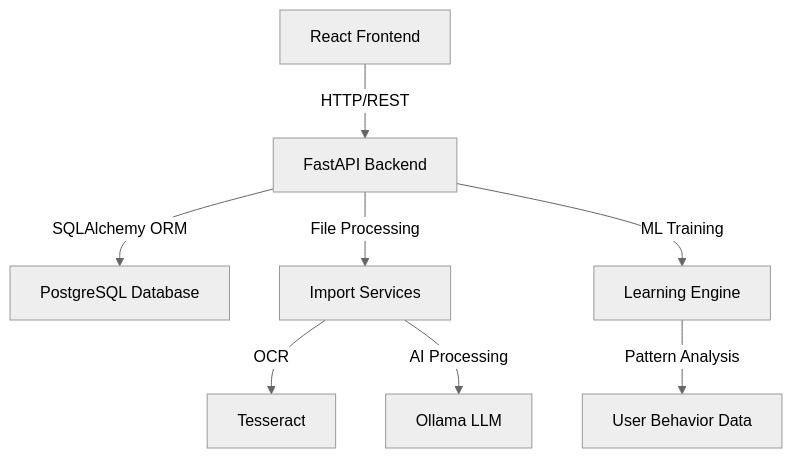
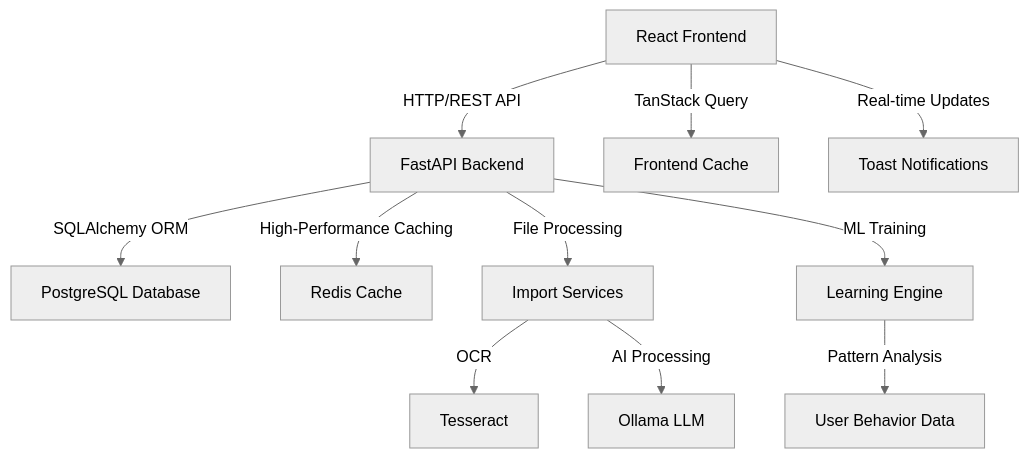
Before and after one commit to ninjashari/python-react-expense: the diagram in README.md, drawn with Mermaid (neutral theme). The commit also changed other lines of this file and 4 other files, not shown here.

Commit message:
Remove Screenshot Automation Guide and enhance backend documentation with Redis caching, AI features, and improved API endpoints

````diff
--- a/README.md
+++ b/README.md
@@ -356,10 +468,13 @@
 ```mermaid
 graph TD
-    A[React Frontend] -->|HTTP/REST| B[FastAPI Backend]
+    A[React Frontend] -->|HTTP/REST API| B[FastAPI Backend]
     B -->|SQLAlchemy ORM| C[PostgreSQL Database]
+    B -->|High-Performance Caching| R[Redis Cache]
     B -->|File Processing| D[Import Services]
     D -->|OCR| E[Tesseract]
     D -->|AI Processing| F[Ollama LLM]
     B -->|ML Training| G[Learning Engine]
     G -->|Pattern Analysis| H[User Behavior Data]
+    A -->|TanStack Query| I[Frontend Cache]
+    A -->|Real-time Updates| J[Toast Notifications]
 ```
````
